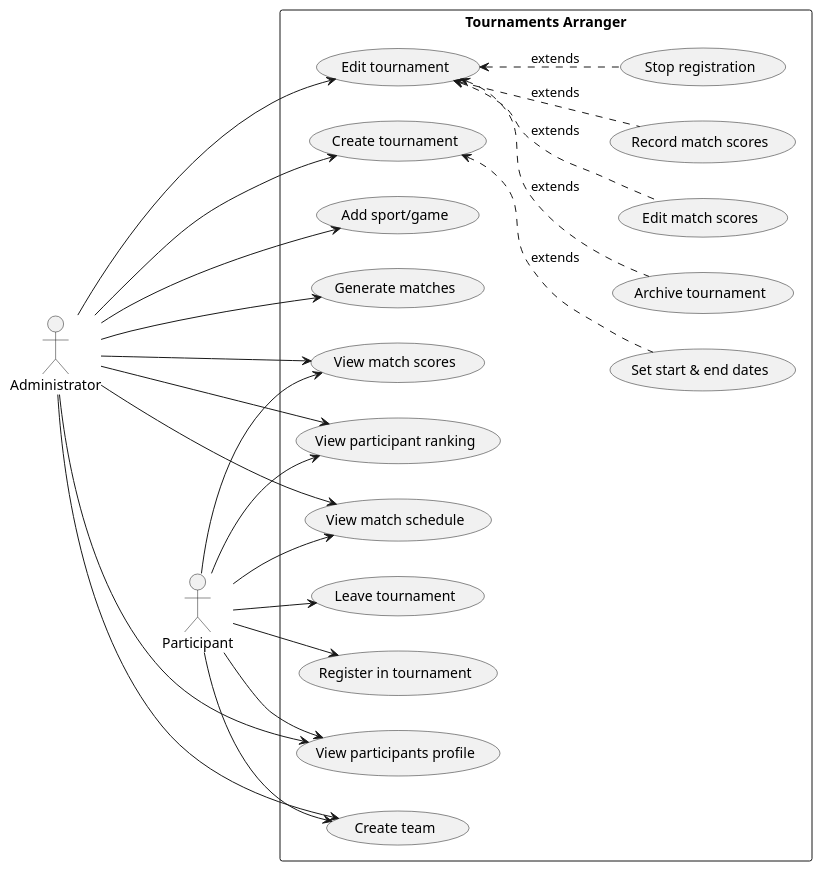
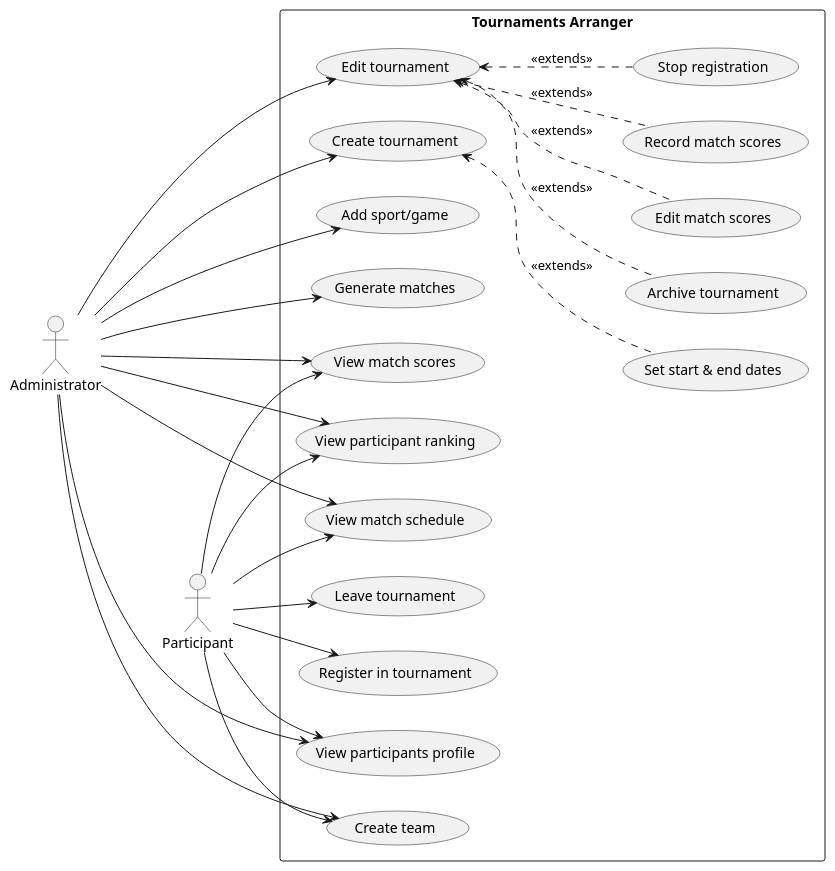
Before and after one commit to hassain-saeed28/tournaments-arranger: the diagram in docs/phase_1/use_case_diagram.puml, drawn with PlantUML. The commit also changed 1 other file, not shown here.

```diff
--- a/docs/phase_1/use_case_diagram.puml
+++ b/docs/phase_1/use_case_diagram.puml
@@ -1,53 +1,52 @@
 @startuml project
 left to right direction
 
 actor Administrator as admin
 actor Participant as particip
 
 rectangle "Tournaments Arranger" {
     usecase "Create tournament" as create_tournaments
     usecase "Set start & end dates" as set_dates
-    set_dates -up-> create_tournaments #line.dashed : extends
+    set_dates -up-> create_tournaments #line.dashed : <<extends>>
 
     usecase "Edit tournament" as edit_tournament_data
     usecase "Edit match scores" as edit_match_scores
-    edit_match_scores -up-> edit_tournament_data #line.dashed : extends
+    edit_match_scores -up-> edit_tournament_data #line.dashed : <<extends>>
     usecase "Record match scores" as record_match_scores
-    record_match_scores -up-> edit_tournament_data #line.dashed : extends
+    record_match_scores -up-> edit_tournament_data #line.dashed : <<extends>>
     usecase "Stop registration" as stop_registration
-    stop_registration -up-> edit_tournament_data #line.dashed : extends
+    stop_registration -up-> edit_tournament_data #line.dashed : <<extends>>
     usecase "Archive tournament" as archive_tournament
-    archive_tournament -up-> edit_tournament_data #line.dashed : extends
+    archive_tournament -up-> edit_tournament_data #line.dashed : <<extends>>
 
     usecase "View match scores" as view_match_scores
     usecase "View participant ranking" as view_participant_ranking
     usecase "View match schedule" as view_match_schedule
     usecase "Add sport/game" as add_sport_game
-
 
     usecase "View participants profile" as view_participant_profile
     usecase "Create team" as create_team
     usecase "Generate matches" as generate_matches
     usecase "Leave tournament" as leave_tournament
     usecase "Register in tournament" as register_in_tournament
 }
 
 admin --> create_tournaments
 admin --> edit_tournament_data
 admin --> generate_matches
 admin --> add_sport_game
 
 admin ---> view_match_schedule
 particip --> view_match_schedule
 admin --> view_participant_ranking
 particip --> view_participant_ranking
 admin --> create_team
 particip --> create_team
 admin --> view_participant_profile
 particip --> view_participant_profile
 admin --> view_match_scores
 particip --> view_match_scores
 
 particip --> register_in_tournament
 particip --> leave_tournament
 @enduml
```
